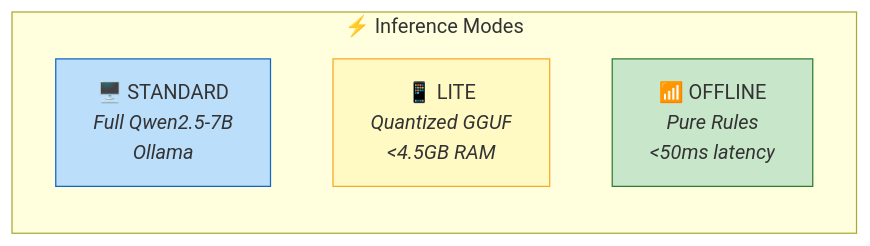
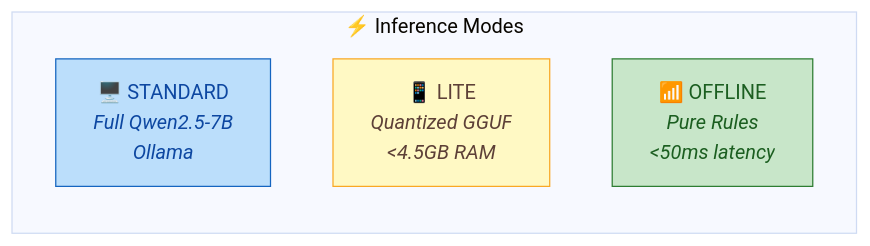
Before and after one commit to Px8Studio/yonja: diagram 11 of 19 in docs/zekalab/03-ARCHITECTURE.md, drawn with Mermaid. The commit also changed other lines of this file and 2 other files, not shown here.

Commit message:
Refine styling in architecture diagrams for improved clarity and consistency

````diff
--- a/docs/zekalab/03-ARCHITECTURE.md
+++ b/docs/zekalab/03-ARCHITECTURE.md
@@ -469,12 +477,13 @@
 ```mermaid
+%%{init: {'theme': 'base', 'themeVariables': { 'primaryTextColor': '#1a1a1a', 'lineColor': '#424242'}}}%%
 graph LR
     subgraph modes["⚡ Inference Modes"]
         standard["🖥️ STANDARD<br/><i>Full Qwen2.5-7B</i><br/><i>Ollama</i>"]
         lite["📱 LITE<br/><i>Quantized GGUF</i><br/><i><4.5GB RAM</i>"]
         offline["📶 OFFLINE<br/><i>Pure Rules</i><br/><i><50ms latency</i>"]
     end
     
-    style standard fill:#bbdefb,stroke:#1565c0
-    style lite fill:#fff9c4,stroke:#f9a825
-    style offline fill:#c8e6c9,stroke:#2e7d32
+    style standard fill:#bbdefb,stroke:#1565c0,color:#0d47a1
+    style lite fill:#fff9c4,stroke:#f9a825,color:#5d4037
+    style offline fill:#c8e6c9,stroke:#2e7d32,color:#1b5e20
 ```
````
